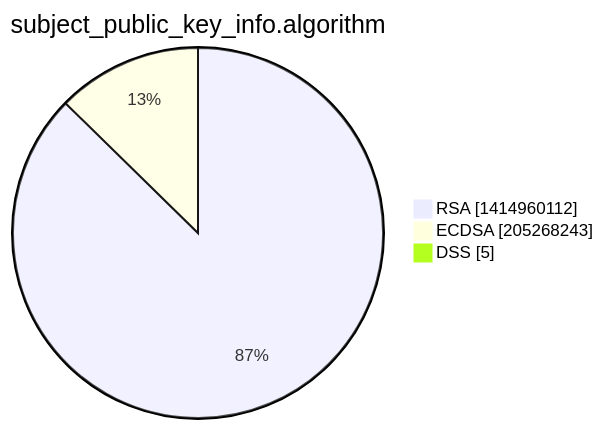
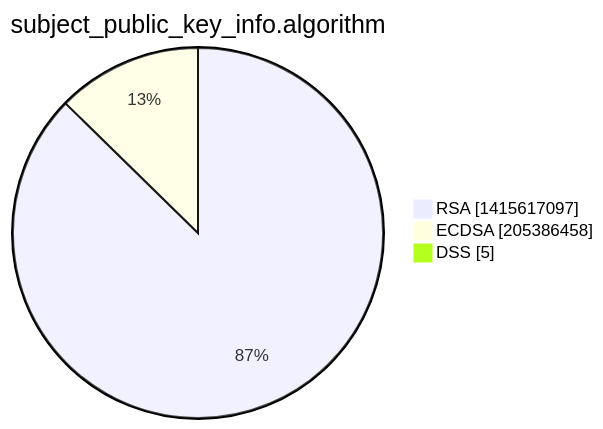
Before and after one commit to christiankrug/ctmonitor_visualization: the third of 15 diagrams in xenon2022/README.md, drawn with Mermaid. The commit also changed other lines of this file, not shown here.

````diff
--- a/xenon2022/README.md
+++ b/xenon2022/README.md
@@ -14,7 +14,7 @@
 ```mermaid
 pie showData
 title subject_public_key_info.algorithm
-"RSA" :1414960112
-"ECDSA" :205268243
+"RSA" :1415617097
+"ECDSA" :205386458
 "DSS" :5
 ```
````
